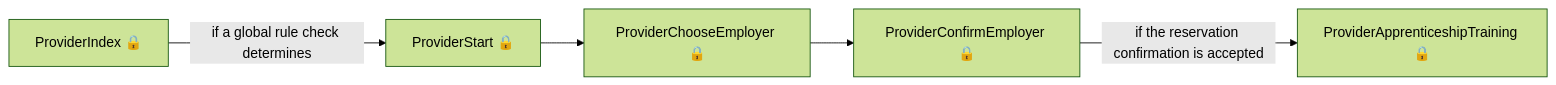
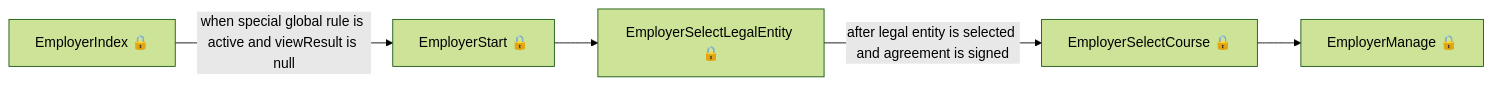
One commit to talentconsulting/atlas-dfe changed the fourth of 6 diagrams in das-reservations/user-journeys/user-journeys.md. Above: the diagram before and after it, drawn with Mermaid (forest theme). The commit also changed other lines of this file and 22 other files, not shown here.

````diff
--- a/das-reservations/user-journeys/user-journeys.md
+++ b/das-reservations/user-journeys/user-journeys.md
@@ -46,7 +42,7 @@
 ```mermaid
 flowchart LR
-  p0["ProviderIndex 🔒"] -->|"if a global rule check determines"| p1["ProviderStart 🔒"]
-  p1["ProviderStart 🔒"] --> p2["ProviderChooseEmployer 🔒"]
-  p2["ProviderChooseEmployer 🔒"] --> p3["ProviderConfirmEmployer 🔒"]
-  p3["ProviderConfirmEmployer 🔒"] -->|"if the reservation confirmation is accepted"| p4["ProviderApprenticeshipTraining 🔒"]
+  p0["EmployerIndex 🔒"] -->|"when special global rule is active and viewResult is null"| p1["EmployerStart 🔒"]
+  p1["EmployerStart 🔒"] --> p2["EmployerSelectLegalEntity 🔒"]
+  p2["EmployerSelectLegalEntity 🔒"] -->|"after legal entity is selected and agreement is signed"| p3["EmployerSelectCourse 🔒"]
+  p3["EmployerSelectCourse 🔒"] --> p4["EmployerManage 🔒"]
 ```
````
